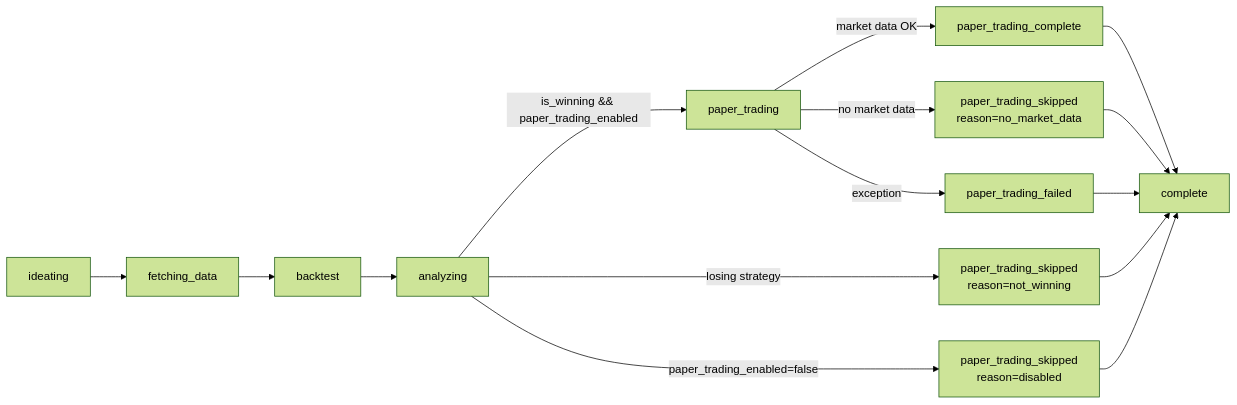
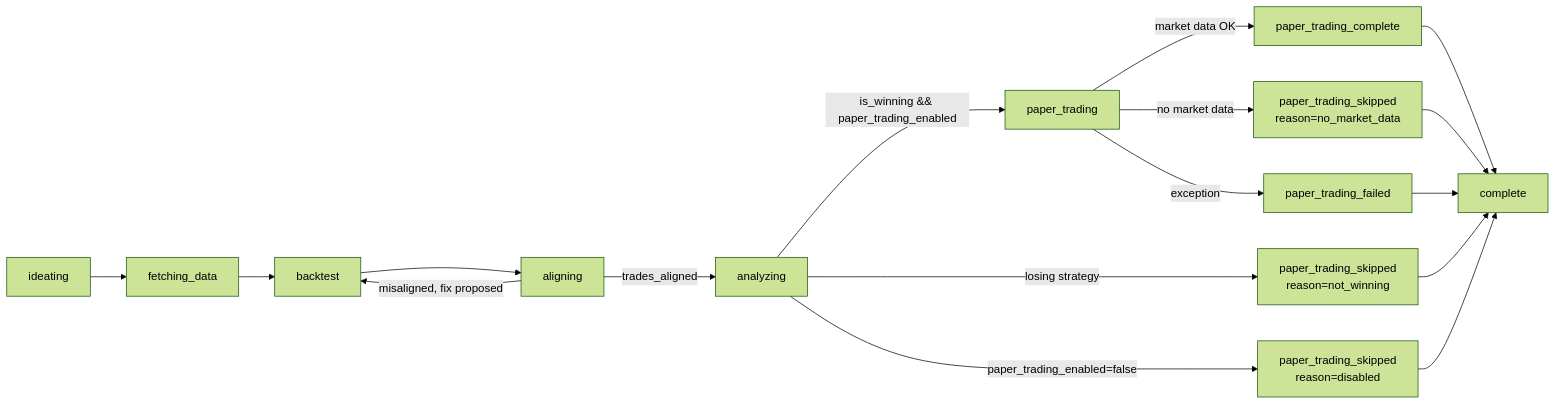
One commit to brandonkindred/Khala-Agentic-AI-Teams changed the diagram in backend/agents/investment_team/system_design/strategy_lab_pipeline.md. Above: the diagram before and after it, drawn with Mermaid (forest theme). The commit also changed other lines of this file and 5 other files, not shown here.

````diff
--- a/backend/agents/investment_team/system_design/strategy_lab_pipeline.md
+++ b/backend/agents/investment_team/system_design/strategy_lab_pipeline.md
@@ -10,17 +10,19 @@
 ```mermaid
 flowchart LR
     A[ideating] --> B[fetching_data]
     B --> C[backtest]
-    C --> D[analyzing]
+    C --> AL[aligning]
+    AL -->|trades_aligned| D[analyzing]
+    AL -->|misaligned, fix proposed| C
     D -->|is_winning && paper_trading_enabled| E[paper_trading]
     D -->|losing strategy| S1[paper_trading_skipped<br/>reason=not_winning]
     D -->|paper_trading_enabled=false| S2[paper_trading_skipped<br/>reason=disabled]
     E -->|market data OK| F[paper_trading_complete]
     E -->|no market data| S3[paper_trading_skipped<br/>reason=no_market_data]
     E -->|exception| X[paper_trading_failed]
     F --> Z[complete]
     S1 --> Z
     S2 --> Z
     S3 --> Z
     X --> Z
 ```
````
